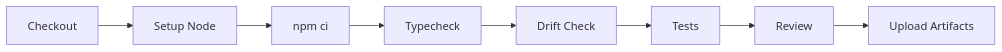
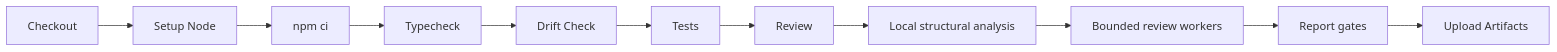
The diagram in docs/operations/ci-cd.md (sebastianwessel/codereviewer), drawn with Mermaid before and after one commit. The commit also changed other lines of this file and 53 other files, not shown here.

````diff
--- a/docs/operations/ci-cd.md
+++ b/docs/operations/ci-cd.md
@@ -5,10 +5,13 @@
 ```mermaid
 flowchart LR
   Checkout["Checkout"] --> Setup["Setup Node"]
   Setup --> Install["npm ci"]
   Install --> Typecheck["Typecheck"]
   Typecheck --> Drift["Drift Check"]
   Drift --> Test["Tests"]
   Test --> Review["Review"]
-  Review --> Artifacts["Upload Artifacts"]
+  Review --> Analysis["Local structural analysis"]
+  Analysis --> Workers["Bounded review workers"]
+  Workers --> Reports["Report gates"]
+  Reports --> Artifacts["Upload Artifacts"]
 ```
````
